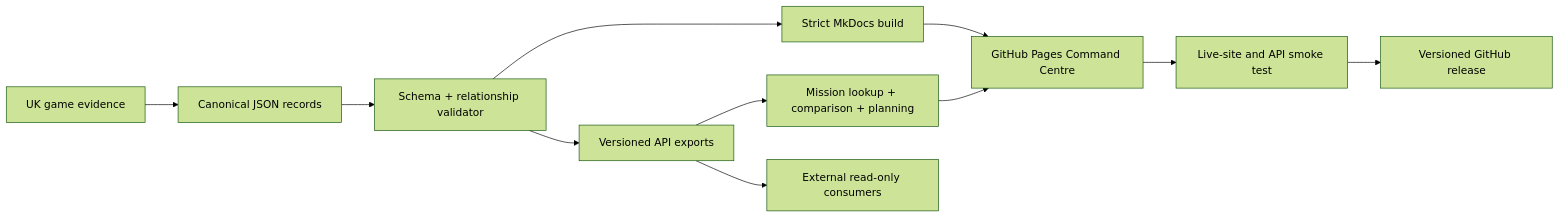
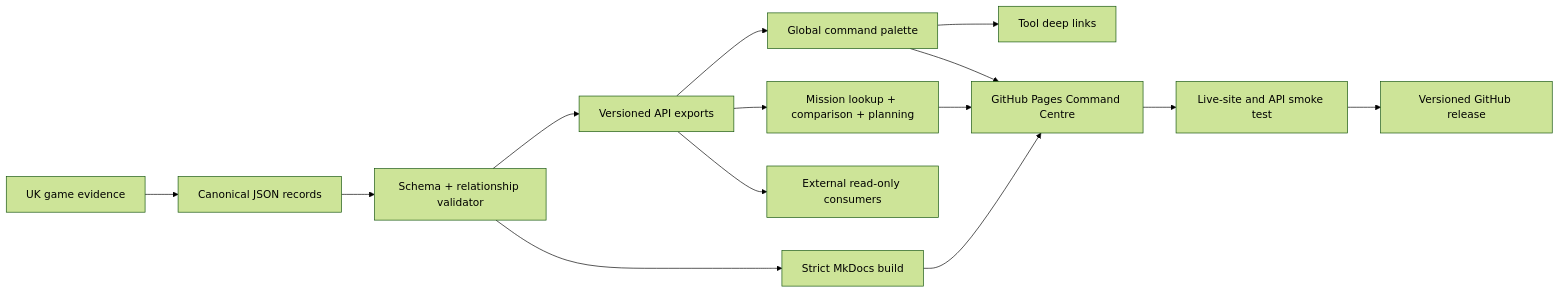
The diagram in README.md (Conroy1988/MissionChief-UK), drawn with Mermaid (forest theme) before and after one commit. The commit also changed other lines of this file, not shown here.

Commit message:
Present the global command intelligence experience

````diff
--- a/README.md
+++ b/README.md
@@ -215,13 +238,16 @@
 ```mermaid
 flowchart LR
     Evidence[UK game evidence] --> Records[Canonical JSON records]
     Records --> Validator[Schema + relationship validator]
     Validator --> Exports[Versioned API exports]
     Validator --> Docs[Strict MkDocs build]
+    Exports --> Palette[Global command palette]
     Exports --> Tools[Mission lookup + comparison + planning]
     Exports --> Consumers[External read-only consumers]
+    Palette --> DeepLinks[Tool deep links]
     Docs --> Pages[GitHub Pages Command Centre]
     Tools --> Pages
+    Palette --> Pages
     Pages --> Smoke[Live-site and API smoke test]
     Smoke --> Release[Versioned GitHub release]
 ```
````
